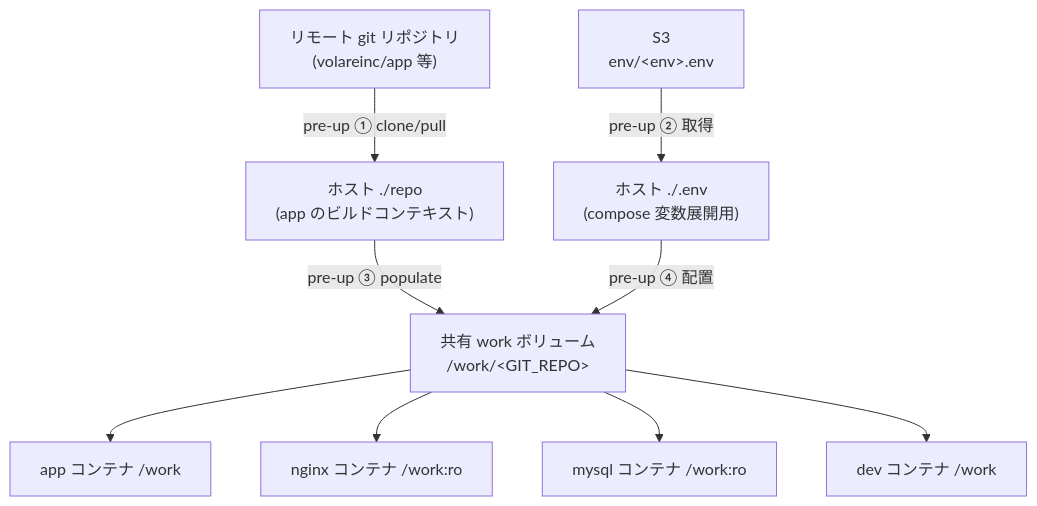
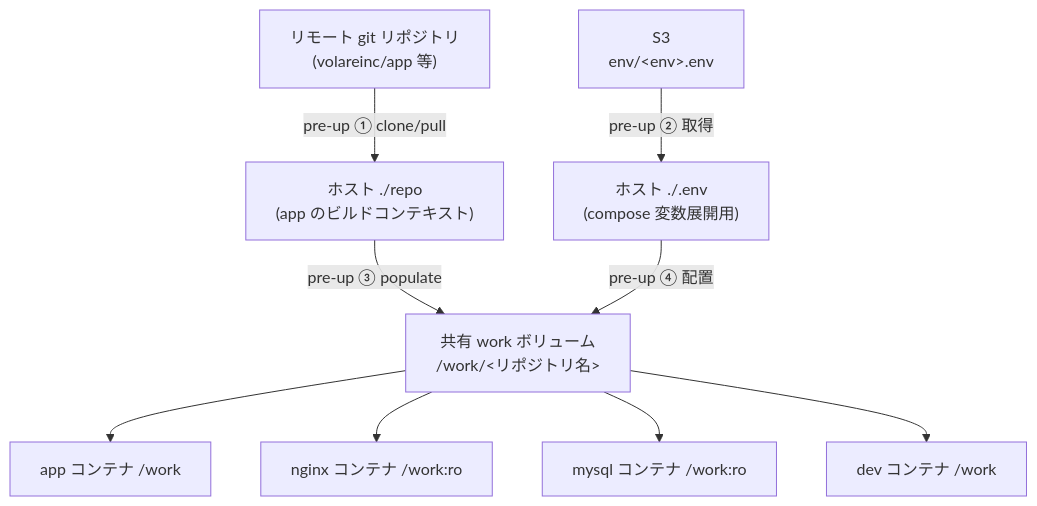
One commit to devbasex/devbase changed the diagram in docs/plugin-dev/repo-backed-projects.md. Above: the diagram before and after it, drawn with Mermaid. The commit also changed other lines of this file and 10 other files, not shown here.

````diff
--- a/docs/plugin-dev/repo-backed-projects.md
+++ b/docs/plugin-dev/repo-backed-projects.md
@@ -27,11 +27,11 @@
 ```mermaid
 graph TD
     S["リモート git リポジトリ<br/>(volareinc/app 等)"] -->|"pre-up ① clone/pull"| R["ホスト ./repo<br/>(app のビルドコンテキスト)"]
     S3["S3<br/>env/&lt;env&gt;.env"] -->|"pre-up ② 取得"| E["ホスト ./.env<br/>(compose 変数展開用)"]
-    R -->|"pre-up ③ populate"| V["共有 work ボリューム<br/>/work/&lt;GIT_REPO&gt;"]
+    R -->|"pre-up ③ populate"| V["共有 work ボリューム<br/>/work/&lt;リポジトリ名&gt;"]
     E -->|"pre-up ④ 配置"| V
     V --> A["app コンテナ /work"]
     V --> N["nginx コンテナ /work:ro"]
     V --> M["mysql コンテナ /work:ro"]
     V --> D["dev コンテナ /work"]
 ```
````
